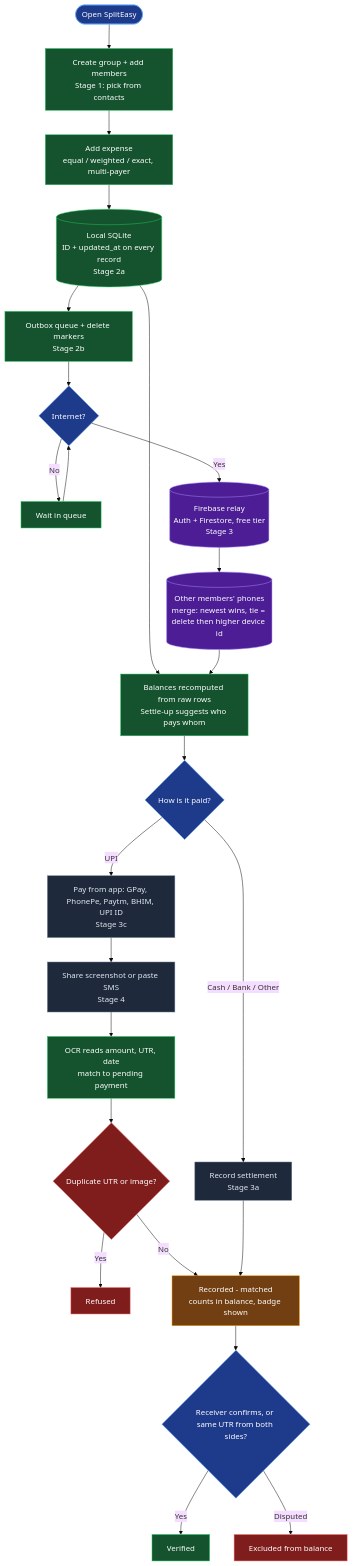
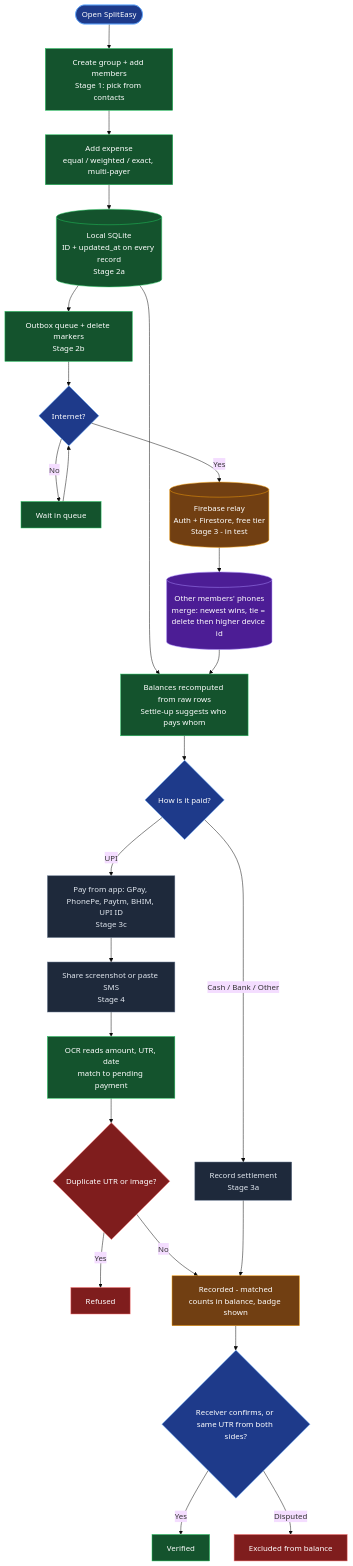
The diagram in docs/blueprint/flowchart.mmd (maha-karthik/spliteasy), drawn with Mermaid (base theme) before and after one commit. The commit also changed 4 other files, not shown here.

```diff
--- a/docs/blueprint/flowchart.mmd
+++ b/docs/blueprint/flowchart.mmd
@@ -1,31 +1,31 @@
 flowchart TD
   classDef done fill:#14532d,stroke:#22c55e,color:#fff
   classDef wip fill:#713f12,stroke:#f59e0b,color:#fff
   classDef next fill:#1e293b,stroke:#64748b,color:#e2e8f0
   classDef blue fill:#1e3a8a,stroke:#60a5fa,color:#fff
   classDef pur fill:#4c1d95,stroke:#a78bfa,color:#fff
   classDef rule fill:#7f1d1d,stroke:#f87171,color:#fff
 
   A([Open SplitEasy]):::blue --> B[Create group + add members<br/>Stage 1: pick from contacts]:::done
   B --> C[Add expense<br/>equal / weighted / exact, multi-payer]:::done
   C --> D[(Local SQLite<br/>ID + updated_at on every record<br/>Stage 2a)]:::done
   D --> E[Balances recomputed from raw rows<br/>Settle-up suggests who pays whom]:::done
   E --> F{How is it paid?}:::blue
   F -->|Cash / Bank / Other| G[Record settlement<br/>Stage 3a]:::next
   F -->|UPI| H[Pay from app: GPay, PhonePe, Paytm, BHIM, UPI ID<br/>Stage 3c]:::next
   H --> I[Share screenshot or paste SMS<br/>Stage 4]:::next
   I --> J[OCR reads amount, UTR, date<br/>match to pending payment]:::done
   J --> K{Duplicate UTR or image?}:::rule
   K -->|Yes| L[Refused]:::rule
   K -->|No| M[Recorded - matched<br/>counts in balance, badge shown]:::wip
   G --> M
   M --> N{Receiver confirms, or same UTR from both sides?}:::blue
   N -->|Yes| O[Verified]:::done
   N -->|Disputed| P[Excluded from balance]:::rule
   D --> Q[Outbox queue + delete markers<br/>Stage 2b]:::done
   Q --> R{Internet?}:::blue
   R -->|No| S[Wait in queue]:::done
   S --> R
-  R -->|Yes| T[(Firebase relay<br/>Auth + Firestore, free tier<br/>Stage 3)]:::pur
+  R -->|Yes| T[(Firebase relay<br/>Auth + Firestore, free tier<br/>Stage 3 - in test)]:::wip
   T --> U[(Other members' phones<br/>merge: newest wins, tie = delete then higher device id)]:::pur
   U --> E
```
